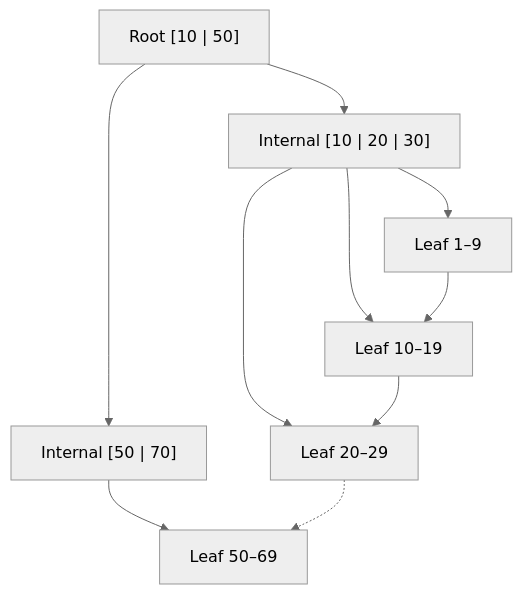
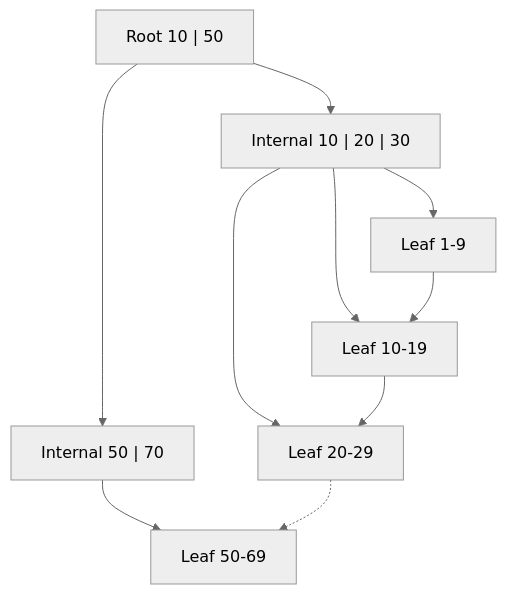
The fourth of 21 diagrams in 02-databases/README.md (hareramcse/SystemDesign), drawn with Mermaid (neutral theme) before and after one commit. The commit also changed other lines of this file and 14 other files, not shown here.

````diff
--- a/02-databases/README.md
+++ b/02-databases/README.md
@@ -267,19 +267,19 @@
 ```mermaid
 flowchart TB
-    Root["Root [10 | 50]"]
-    I1["Internal [10 | 20 | 30]"]
-    I2["Internal [50 | 70]"]
-    L1["Leaf 1–9"]
-    L2["Leaf 10–19"]
-    L3["Leaf 20–29"]
-    L4["Leaf 50–69"]
+    Root["Root 10 | 50"]
+    I1["Internal 10 | 20 | 30"]
+    I2["Internal 50 | 70"]
+    L1[Leaf 1-9]
+    L2[Leaf 10-19]
+    L3[Leaf 20-29]
+    L4[Leaf 50-69]
     Root --> I1
     Root --> I2
     I1 --> L1
     I1 --> L2
     I1 --> L3
     I2 --> L4
     L1 --> L2
     L2 --> L3
     L3 -.-> L4
 ```
````
